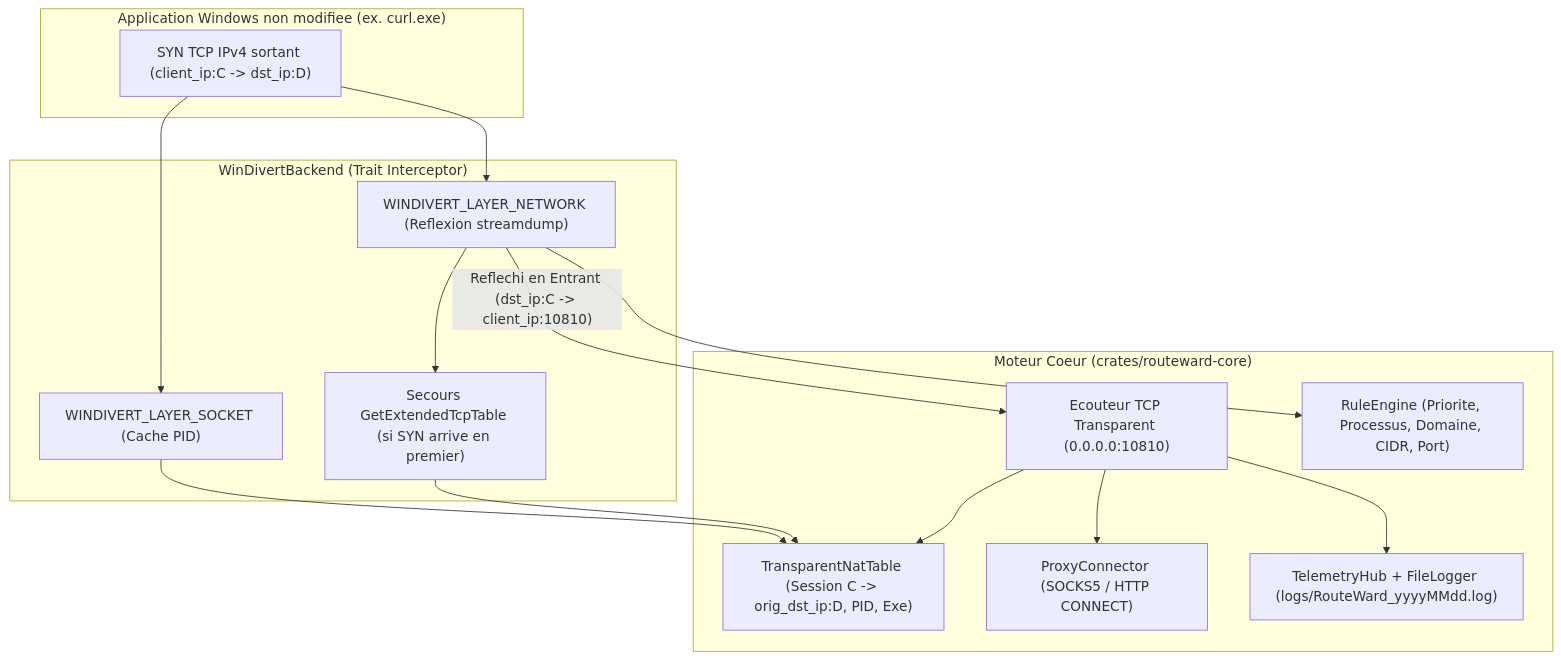
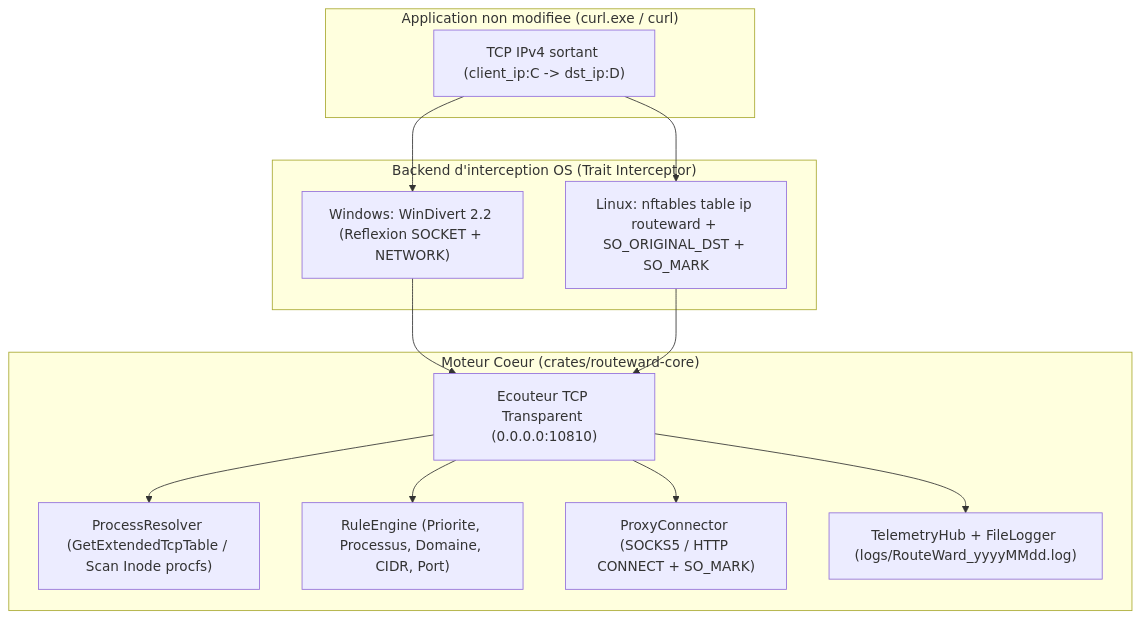
Before and after one commit to VBlackJack/routeward: the diagram in docs/fr/architecture.md, drawn with Mermaid. The commit also changed other lines of this file and 25 other files, not shown here.

Commit message:
feat(linux): implement nftables transparent IPv4 TCP interception and container test suite

````diff
--- a/docs/fr/architecture.md
+++ b/docs/fr/architecture.md
@@ -17,31 +28,28 @@
 ```mermaid
 flowchart TD
-    subgraph ClientApp["Application Windows non modifiee (ex. curl.exe)"]
-        Curl["SYN TCP IPv4 sortant (client_ip:C -> dst_ip:D)"]
+    subgraph ClientApp["Application non modifiee (curl.exe / curl)"]
+        Curl["TCP IPv4 sortant (client_ip:C -> dst_ip:D)"]
     end
 
-    subgraph WinDivert["WinDivertBackend (Trait Interceptor)"]
-        SockLayer["WINDIVERT_LAYER_SOCKET (Cache PID)"]
-        NetLayer["WINDIVERT_LAYER_NETWORK (Reflexion streamdump)"]
-        PidFallback["Secours GetExtendedTcpTable (si SYN arrive en premier)"]
+    subgraph OSBackend["Backend d'interception OS (Trait Interceptor)"]
+        WinBackend["Windows: WinDivert 2.2 (Reflexion SOCKET + NETWORK)"]
+        LinBackend["Linux: nftables table ip routeward + SO_ORIGINAL_DST + SO_MARK"]
     end
 
     subgraph Core["Moteur Coeur (crates/routeward-core)"]
-        NatTable["TransparentNatTable (Session C -> orig_dst_ip:D, PID, Exe)"]
+        ProcRes["ProcessResolver (GetExtendedTcpTable / Scan Inode procfs)"]
         TransRelay["Ecouteur TCP Transparent (0.0.0.0:10810)"]
         RuleEngine["RuleEngine (Priorite, Processus, Domaine, CIDR, Port)"]
-        ProxyConnector["ProxyConnector (SOCKS5 / HTTP CONNECT)"]
+        ProxyConnector["ProxyConnector (SOCKS5 / HTTP CONNECT + SO_MARK)"]
         Telemetry["TelemetryHub + FileLogger (logs/RouteWard_yyyyMMdd.log)"]
     end
 
-    Curl --> SockLayer
-    Curl --> NetLayer
-    SockLayer --> NatTable
-    NetLayer --> PidFallback
-    PidFallback --> NatTable
-    NetLayer --> RuleEngine
-    NetLayer -->|"Reflechi en Entrant (dst_ip:C -> client_ip:10810)"| TransRelay
-    TransRelay --> NatTable
+    Curl --> WinBackend
+    Curl --> LinBackend
+    WinBackend --> TransRelay
+    LinBackend --> TransRelay
+    TransRelay --> ProcRes
+    TransRelay --> RuleEngine
     TransRelay --> ProxyConnector
     TransRelay --> Telemetry
 ```
````
